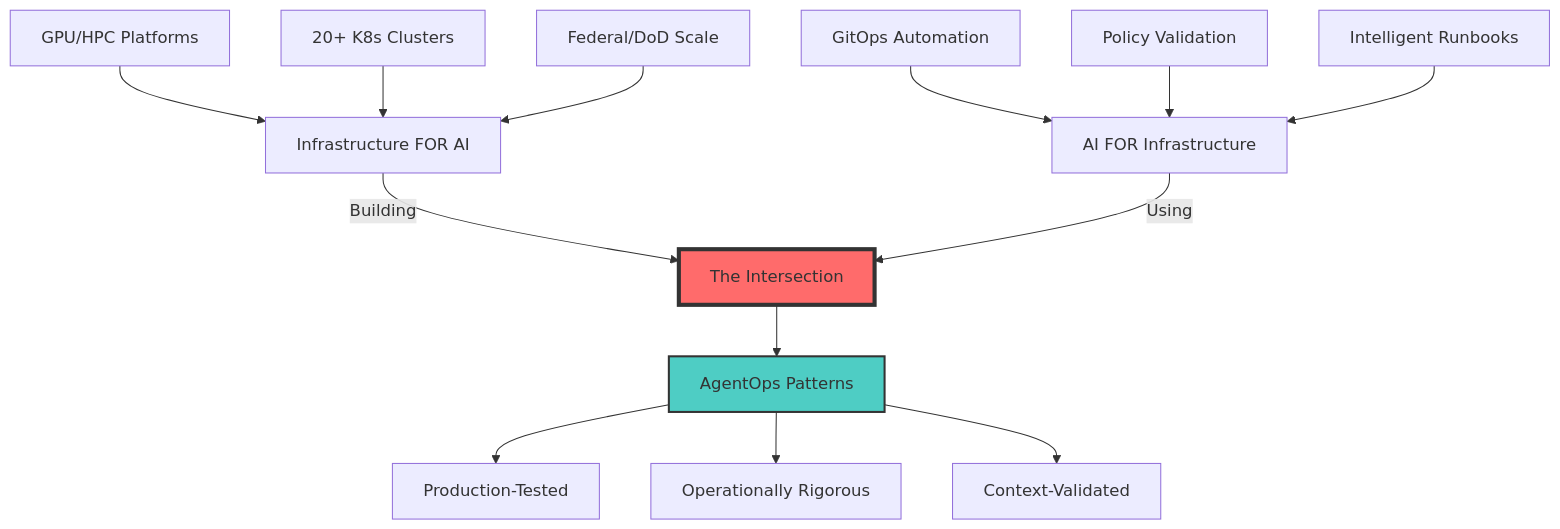
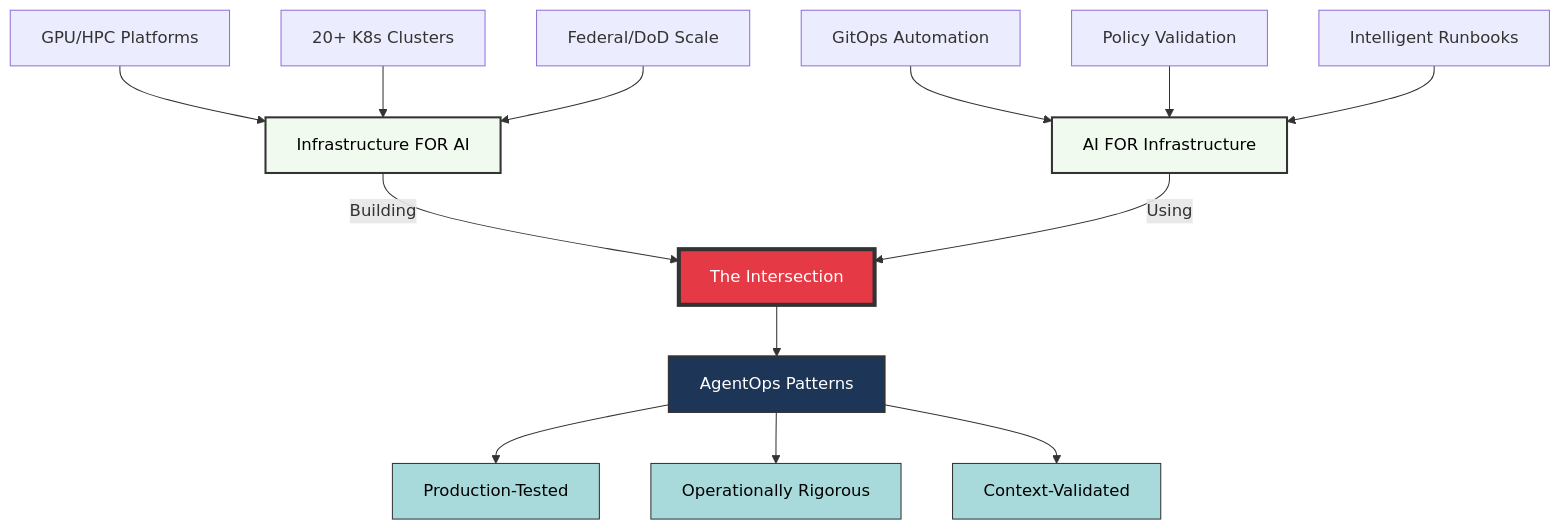
The first of 5 diagrams in README.md (boshu2/12-factor-agentops), drawn with Mermaid before and after one commit. The commit also changed other lines of this file, not shown here.

First line of the commit message:
docs(readme): improve text contrast in all diagrams for better readability

````diff
--- a/README.md
+++ b/README.md
@@ -37,21 +37,26 @@
 ```mermaid
 graph TD
     A[Infrastructure FOR AI] -->|Building| C[The Intersection]
     B[AI FOR Infrastructure] -->|Using| C
     C --> D[AgentOps Patterns]
 
     A1[GPU/HPC Platforms] --> A
     A2[20+ K8s Clusters] --> A
     A3[Federal/DoD Scale] --> A
 
     B1[GitOps Automation] --> B
     B2[Policy Validation] --> B
     B3[Intelligent Runbooks] --> B
 
     D --> E[Production-Tested]
     D --> F[Operationally Rigorous]
     D --> G[Context-Validated]
 
-    style C fill:#ff6b6b,stroke:#333,stroke-width:4px
-    style D fill:#4ecdc4,stroke:#333,stroke-width:2px
+    style C fill:#e63946,stroke:#333,stroke-width:4px,color:#fff
+    style D fill:#1d3557,stroke:#333,stroke-width:2px,color:#fff
+    style A fill:#f1faee,stroke:#333,stroke-width:2px,color:#000
+    style B fill:#f1faee,stroke:#333,stroke-width:2px,color:#000
+    style E fill:#a8dadc,stroke:#333,stroke-width:1px,color:#000
+    style F fill:#a8dadc,stroke:#333,stroke-width:1px,color:#000
+    style G fill:#a8dadc,stroke:#333,stroke-width:1px,color:#000
 ```
````
